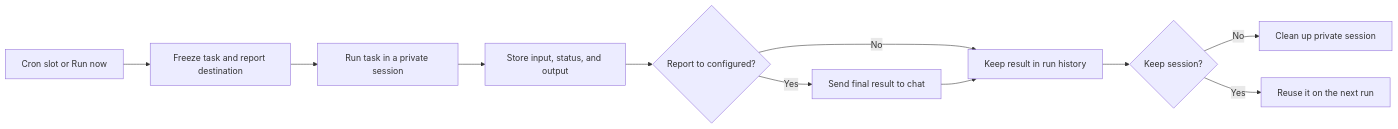
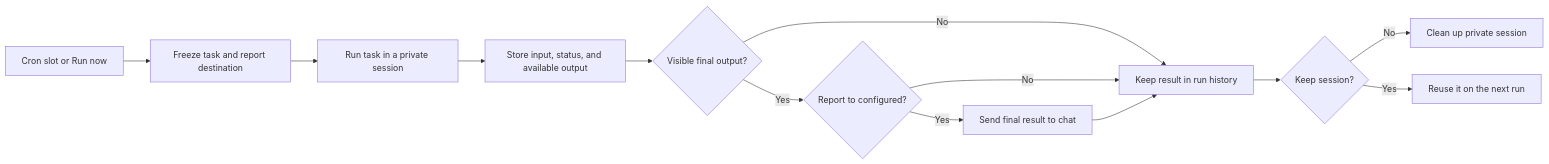
The diagram in docs/features/schedules.md (baldaworks/balda), drawn with Mermaid before and after one commit. The commit also changed other lines of this file and 8 other files, not shown here.

````diff
--- a/docs/features/schedules.md
+++ b/docs/features/schedules.md
@@ -151,13 +153,15 @@
 ```mermaid
 flowchart LR
     Trigger["Cron slot or Run now"] --> Snapshot["Freeze task and report destination"]
     Snapshot --> Session["Run task in a private session"]
-    Session --> Store["Store input, status, and output"]
-    Store --> Report{"Report to configured?"}
+    Session --> Store["Store input, status, and available output"]
+    Store --> Output{"Visible final output?"}
+    Output -->|Yes| Report{"Report to configured?"}
+    Output -->|No| History["Keep run in history"]
     Report -->|Yes| Deliver["Send final result to chat"]
     Report -->|No| History["Keep result in run history"]
     Deliver --> History
     History --> Retain{"Keep session?"}
     Retain -->|No| Cleanup["Clean up private session"]
     Retain -->|Yes| Reuse["Reuse it on the next run"]
 ```
````
